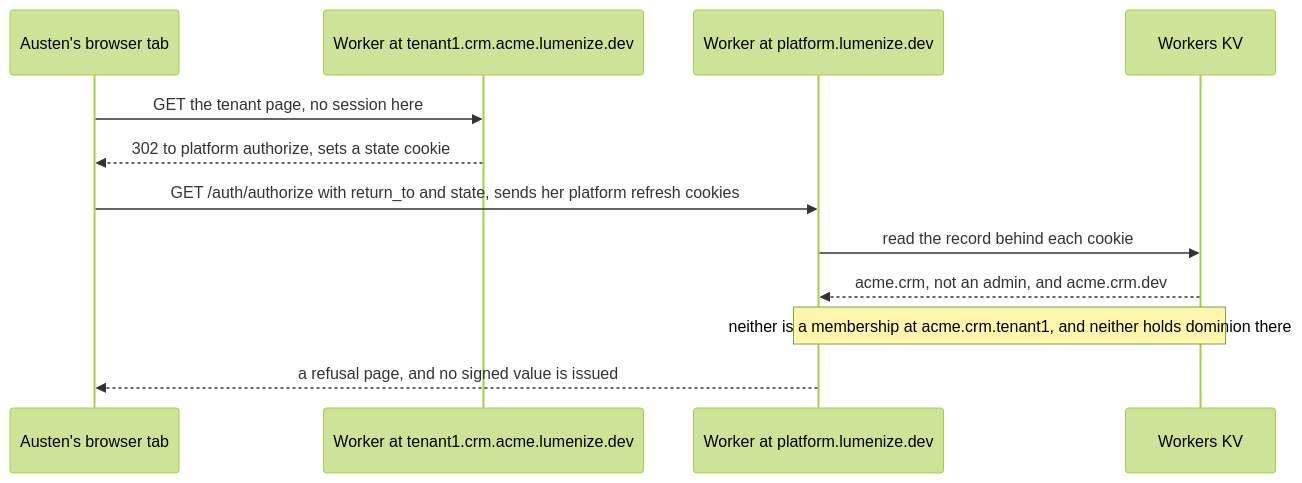
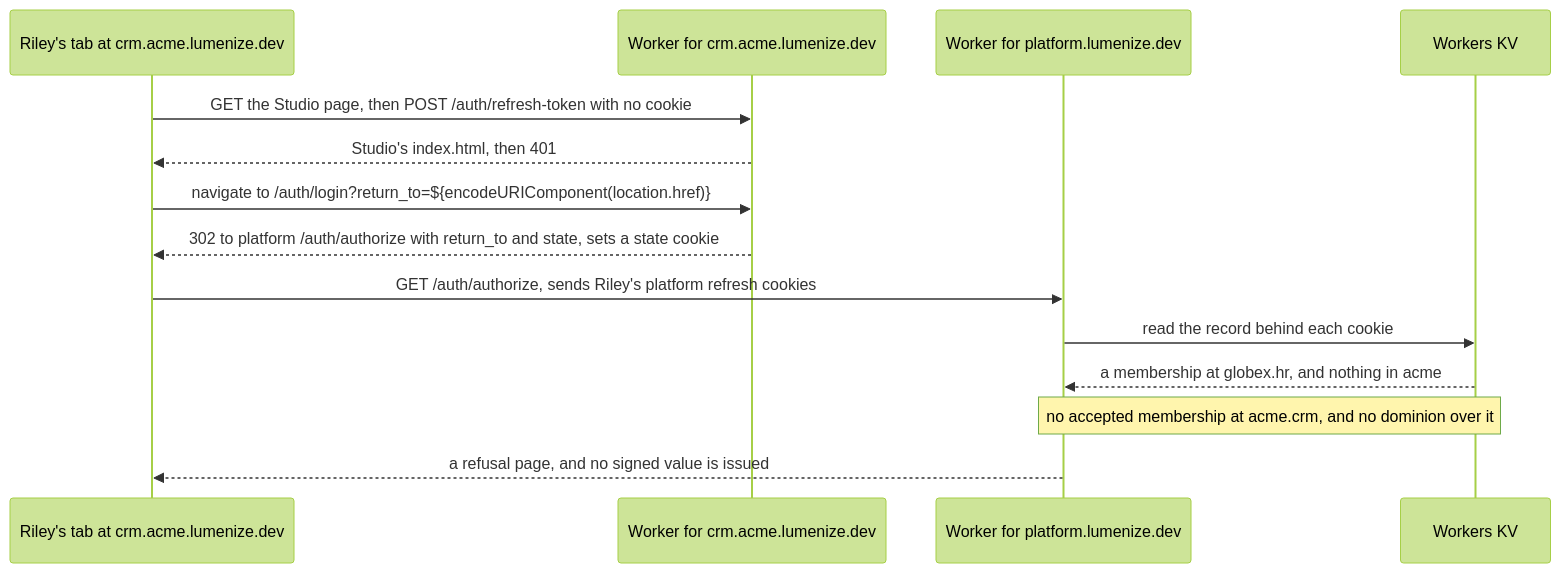
Before and after one commit to lumenize/lumenize: the seventh of 7 diagrams in tasks/sessions-per-origin.md, drawn with Mermaid (forest theme). The commit also changed other lines of this file and 5 other files, not shown here.

First line of the commit message:
docs(sessions): client-started sessions, the as-you dev tab, and ADR-021's review

````diff
--- a/tasks/sessions-per-origin.md
+++ b/tasks/sessions-per-origin.md
@@ -225,15 +257,17 @@
 ```mermaid
 sequenceDiagram
-    participant B as Austen's browser tab
-    participant S as Worker at tenant1.crm.acme.lumenize.dev
-    participant P as Worker at platform.lumenize.dev
+    participant B as Riley's tab at crm.acme.lumenize.dev
+    participant ST as Worker for crm.acme.lumenize.dev
+    participant P as Worker for platform.lumenize.dev
     participant K as Workers KV
 
-    B->>S: GET the tenant page, no session here
-    S-->>B: 302 to platform authorize, sets a state cookie
-    B->>P: GET /auth/authorize with return_to and state, sends her platform refresh cookies
+    B->>ST: GET the Studio page, then POST /auth/refresh-token with no cookie
+    ST-->>B: Studio's index.html, then 401
+    B->>ST: navigate to /auth/login?return_to=${encodeURIComponent(location.href)}
+    ST-->>B: 302 to platform /auth/authorize with return_to and state, sets a state cookie
+    B->>P: GET /auth/authorize, sends Riley's platform refresh cookies
     P->>K: read the record behind each cookie
-    K-->>P: acme.crm, not an admin, and acme.crm.dev
-    Note over P,K: neither is a membership at acme.crm.tenant1, and neither holds dominion there
+    K-->>P: a membership at globex.hr, and nothing in acme
+    Note over P,K: no accepted membership at acme.crm, and no dominion over it
     P-->>B: a refusal page, and no signed value is issued
 ```
````
